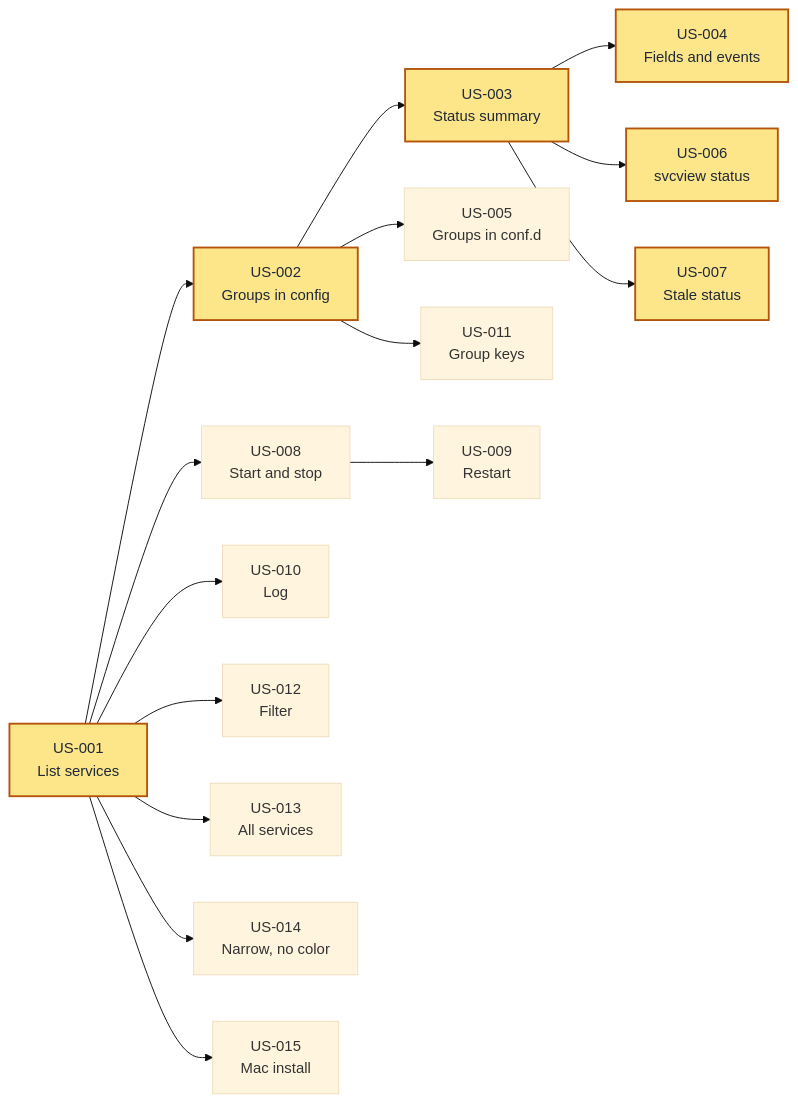
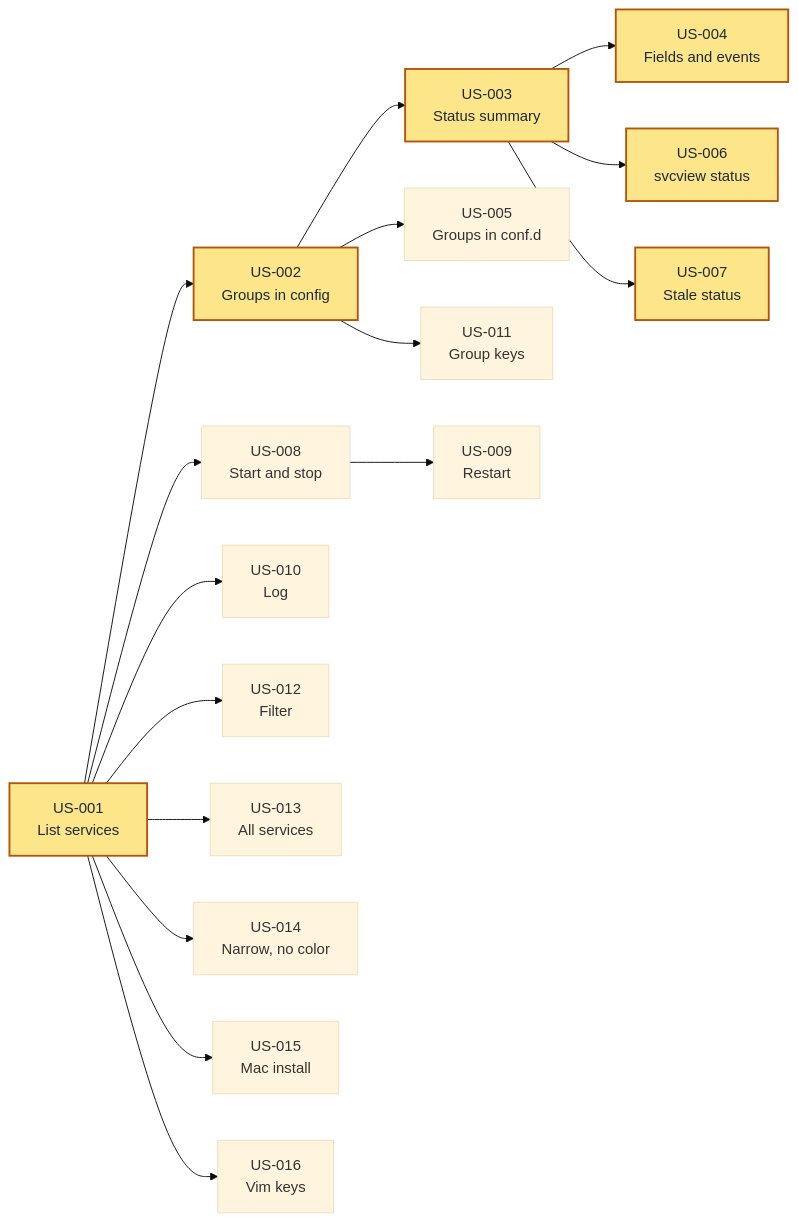
One commit to hpcsc/svcview changed the diagram in user-stories/launchd-tui.md. Above: the diagram before and after it, drawn with Mermaid (base theme). The commit also changed other lines of this file and 1 other file, not shown here.

First line of the commit message:
Move in the screen with the keys of vim

````diff
--- a/user-stories/launchd-tui.md
+++ b/user-stories/launchd-tui.md
@@ -26,36 +26,38 @@
 ```mermaid
 flowchart LR
     S1["US-001<br/>List services"]
     S2["US-002<br/>Groups in config"]
     S3["US-003<br/>Status summary"]
     S4["US-004<br/>Fields and events"]
     S5["US-005<br/>Groups in conf.d"]
     S6["US-006<br/>svcview status"]
     S7["US-007<br/>Stale status"]
     S8["US-008<br/>Start and stop"]
     S9["US-009<br/>Restart"]
     S10["US-010<br/>Log"]
     S11["US-011<br/>Group keys"]
     S12["US-012<br/>Filter"]
     S13["US-013<br/>All services"]
     S14["US-014<br/>Narrow, no color"]
     S15["US-015<br/>Mac install"]
+    S16["US-016<br/>Vim keys"]
 
     S1 --> S2
     S1 --> S8
     S1 --> S10
     S1 --> S12
     S1 --> S13
     S1 --> S14
     S1 --> S15
+    S1 --> S16
     S2 --> S3
     S2 --> S5
     S2 --> S11
     S3 --> S4
     S3 --> S6
     S3 --> S7
     S8 --> S9
 
     classDef critical fill:#fde68a,stroke:#b45309,stroke-width:2px,color:#1f2937
     class S1,S2,S3,S4,S6,S7 critical
 ```
````
